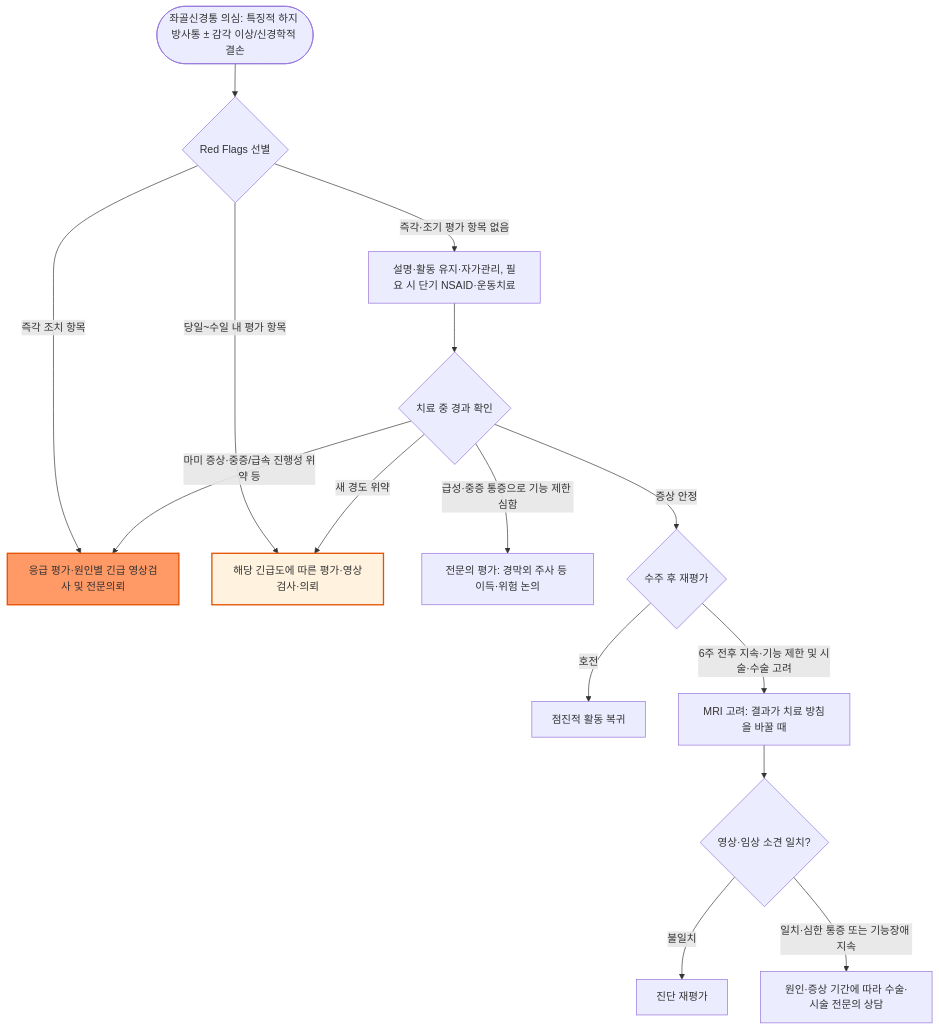
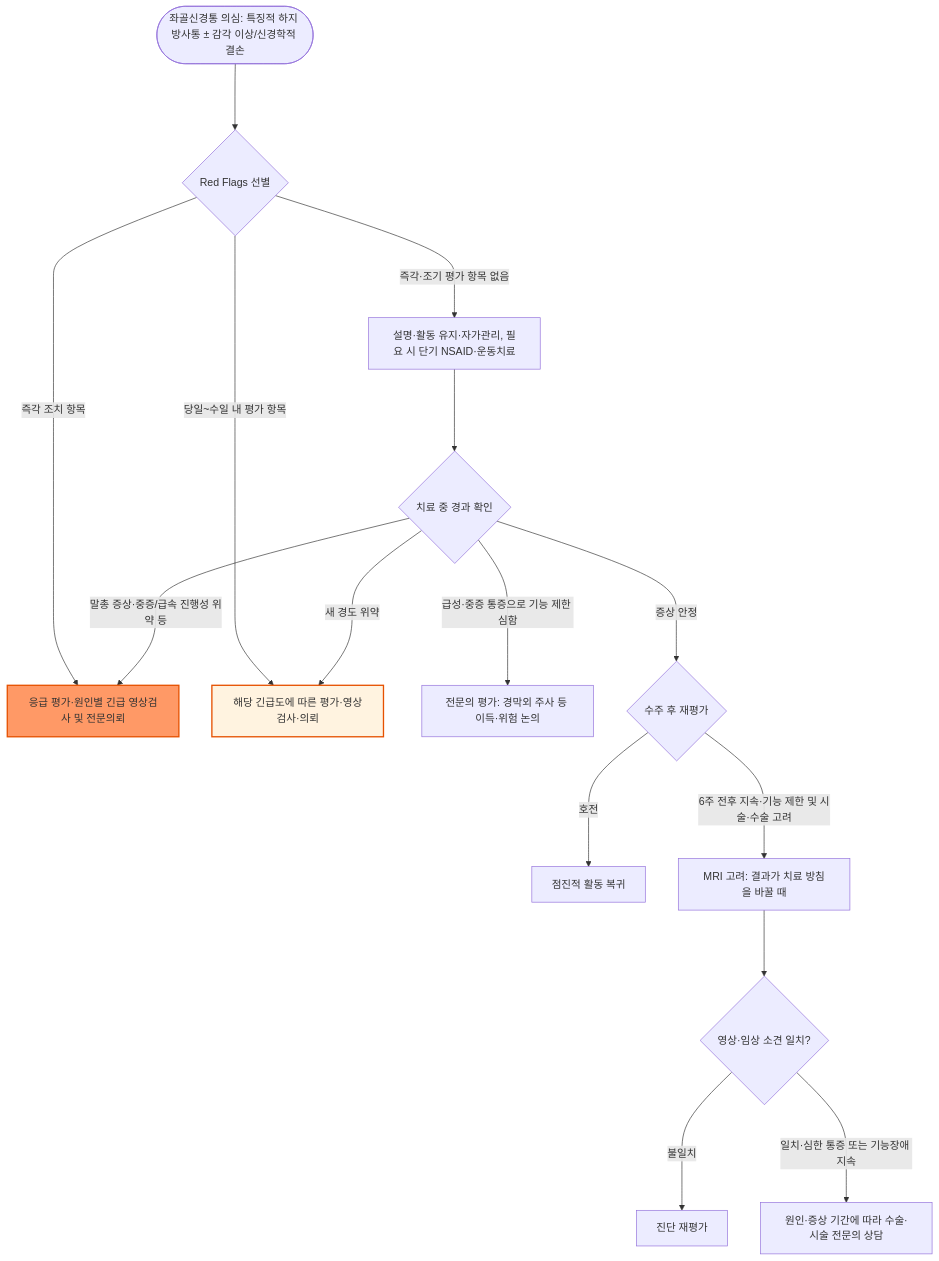
The diagram in 228_/138_-sciatica.md (familyoh77/familyoh77), drawn with Mermaid before and after one commit. The commit also changed other lines of this file and 20 other files, not shown here.

````diff
--- a/228_/138_-sciatica.md
+++ b/228_/138_-sciatica.md
@@ -104,19 +114,19 @@
 ```mermaid
 graph TD
-    A(["좌골신경통 의심: 특징적 하지 방사통 ± 감각 이상/신경학적 결손"]) --> B{"Red Flags 선별"}
-    B -->|즉각 조치 항목| C["응급 평가·원인별 긴급 영상검사 및 전문의뢰"]
-    B -->|당일~수일 내 평가 항목| D["해당 긴급도에 따른 평가·영상검사·의뢰"]
-    B -->|즉각·조기 평가 항목 없음| E["설명·활동 유지·자가관리, 필요 시 단기 NSAID·운동치료"]
-    E --> F{"치료 중 경과 확인"}
-    F -->|마미 증상·중증/급속 진행성 위약 등| C
-    F -->|새 경도 위약| D
-    F -->|급성·중증 통증으로 기능 제한 심함| K["전문의 평가: 경막외 주사 등 이득·위험 논의"]
-    F -->|증상 안정| G{"수주 후 재평가"}
-    G -->|호전| L["점진적 활동 복귀"]
-    G -->|6주 전후 지속·기능 제한 및 시술·수술 고려| H["MRI 고려: 결과가 치료 방침을 바꿀 때"]
-    H --> I{"영상·임상 소견 일치?"}
-    I -->|불일치| M["진단 재평가"]
-    I -->|일치·심한 통증 또는 기능장애 지속| J["원인·증상 기간에 따라 수술·시술 전문의 상담"]
+    A(["좌골신경통 의심: 특징적 하지 방사통 ± 감각 이상/신경학적 결손"]) ---> B{"Red Flags 선별"}
+    B --->|즉각 조치 항목| C["응급 평가·원인별 긴급 영상검사 및 전문의뢰"]
+    B --->|당일~수일 내 평가 항목| D["해당 긴급도에 따른 평가·영상검사·의뢰"]
+    B --->|즉각·조기 평가 항목 없음| E["설명·활동 유지·자가관리, 필요 시 단기 NSAID·운동치료"]
+    E ---> F{"치료 중 경과 확인"}
+    F --->|말총 증상·중증/급속 진행성 위약 등| C
+    F --->|새 경도 위약| D
+    F --->|급성·중증 통증으로 기능 제한 심함| K["전문의 평가: 경막외 주사 등 이득·위험 논의"]
+    F --->|증상 안정| G{"수주 후 재평가"}
+    G --->|호전| L["점진적 활동 복귀"]
+    G --->|6주 전후 지속·기능 제한 및 시술·수술 고려| H["MRI 고려: 결과가 치료 방침을 바꿀 때"]
+    H ---> I{"영상·임상 소견 일치?"}
+    I --->|불일치| M["진단 재평가"]
+    I --->|일치·심한 통증 또는 기능장애 지속| J["원인·증상 기간에 따라 수술·시술 전문의 상담"]
     style C fill:#f96,stroke:#e65100,stroke-width:2px
     style D fill:#fff3e0,stroke:#e65100,stroke-width:2px
 ```
````
